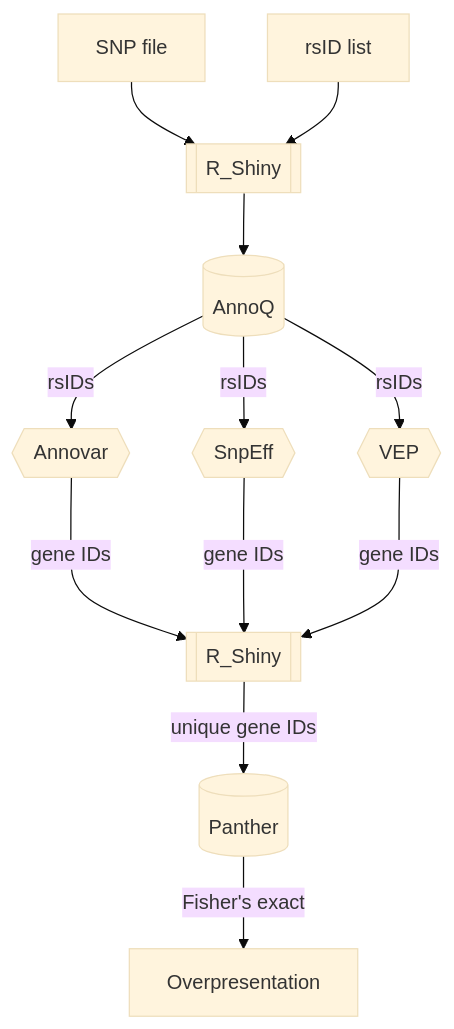
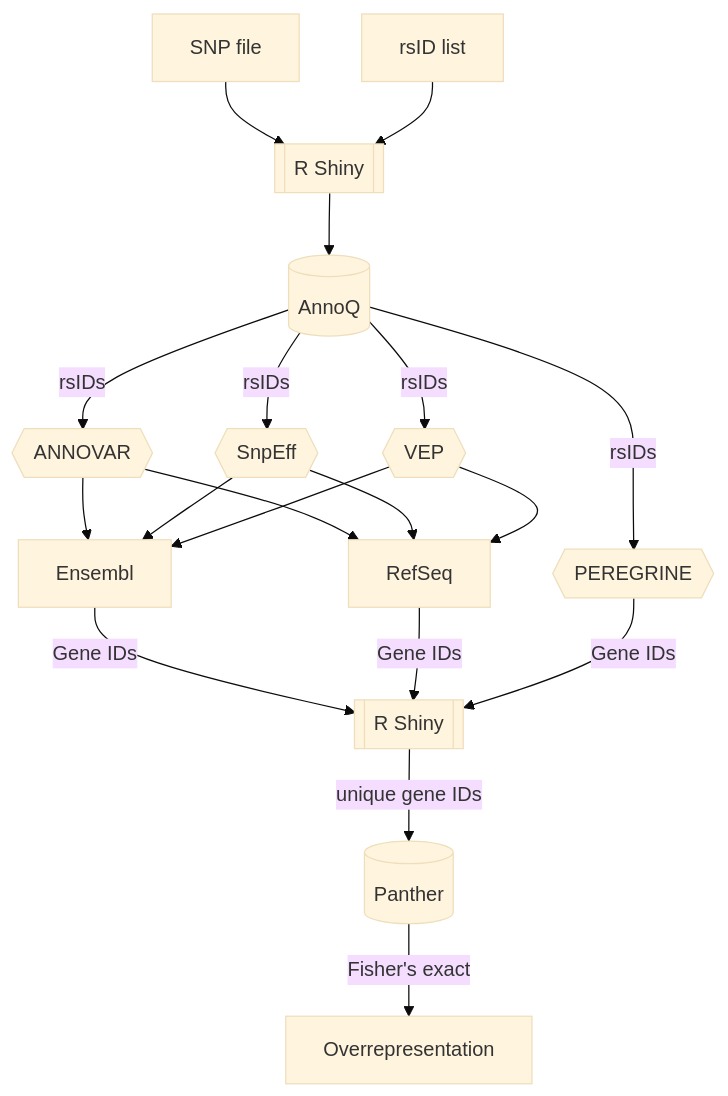
Before and after one commit to quemeb/From_SNP_to_overrepresentation: the diagram in README.md, drawn with Mermaid (base theme).

````diff
--- a/README.md
+++ b/README.md
@@ -5,15 +5,34 @@
 ```mermaid
 flowchart TD
 
-A[SNP file] --> B[[R_Shiny]]
+A[SNP file] --> B[[R Shiny]]
+Z[rsID list] --> B
 B --> C[(AnnoQ)]
-Z[rsID list] --> B
-C --> |rsIDs| D{{Annovar}} & E{{SnpEff}} & F{{VEP}}
-D & E & F ---> |gene IDs| G[[R_Shiny]] 
-G --> |unique gene IDs| H[(Panther)]
-H --> |Fisher's exact|I[Overpresentation]
+
+C --> |rsIDs| G{{PEREGRINE}}
+C --> |rsIDs| D{{ANNOVAR}}
+C --> |rsIDs| E{{SnpEff}}
+C --> |rsIDs| F{{VEP}}
+
+D --> J1[Ensembl]
+D --> J2[RefSeq]
+
+E --> J1
+E --> J2
+
+F --> J1
+F --> J2
+
+J1 --> |Gene IDs| K[[R Shiny]]
+J2 --> |Gene IDs| K
+G --> |Gene IDs| K
+
+K --> |unique gene IDs| L[(Panther)]
+L --> |Fisher's exact| M[Overrepresentation]
 
 click C "http://annoq.org/" _blank
-click H "http://pantherdb.org/" _blank
+click L "http://pantherdb.org/" _blank
+
+
 
 ```
````
